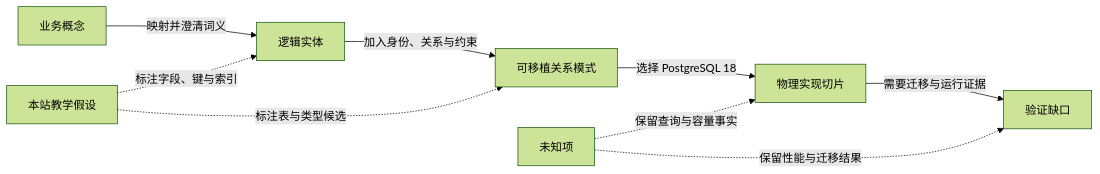
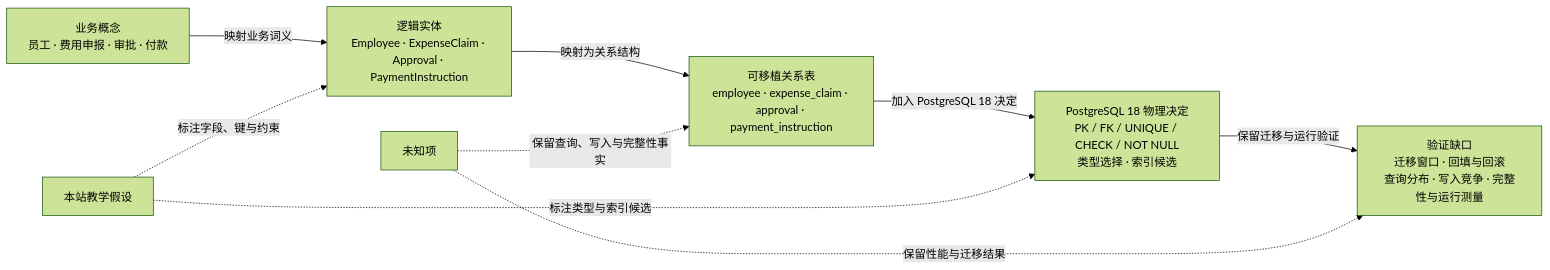
Before and after one commit to sealday/tego-arch: the diagram in content/modeling/mod-05-conceptual-logical-physical-data-model.mdx, drawn with Mermaid (forest theme). The commit also changed other lines of this file and 3 other files, not shown here.

````diff
--- a/content/modeling/mod-05-conceptual-logical-physical-data-model.mdx
+++ b/content/modeling/mod-05-conceptual-logical-physical-data-model.mdx
@@ -87,11 +87,11 @@
 ```mermaid
 flowchart LR
-  C["业务概念"] -->|映射并澄清词义| L["逻辑实体"]
-  L -->|加入身份、关系与约束| R["可移植关系模式"]
-  R -->|选择 PostgreSQL 18| P["物理实现切片"]
-  P -->|需要迁移与运行证据| V["验证缺口"]
-  A["本站教学假设"] -.标注字段、键与索引.-> L
-  A -.标注表与类型候选.-> R
-  U["未知项"] -.保留查询与容量事实.-> P
+  C["业务概念<br/>员工 · 费用申报 · 审批 · 付款"] -->|映射业务词义| L["逻辑实体<br/>Employee · ExpenseClaim · Approval · PaymentInstruction"]
+  L -->|映射为关系结构| R["可移植关系表<br/>employee · expense_claim · approval · payment_instruction"]
+  R -->|加入 PostgreSQL 18 决定| P["PostgreSQL 18 物理决定<br/>PK / FK / UNIQUE / CHECK / NOT NULL<br/>类型选择 · 索引候选"]
+  P -->|保留迁移与运行验证| V["验证缺口<br/>迁移窗口 · 回填与回滚<br/>查询分布 · 写入竞争 · 完整性与运行测量"]
+  A["本站教学假设"] -.标注字段、键与约束.-> L
+  A -.标注类型与索引候选.-> P
+  U["未知项"] -.保留查询、写入与完整性事实.-> R
   U -.保留性能与迁移结果.-> V
 ```
````
